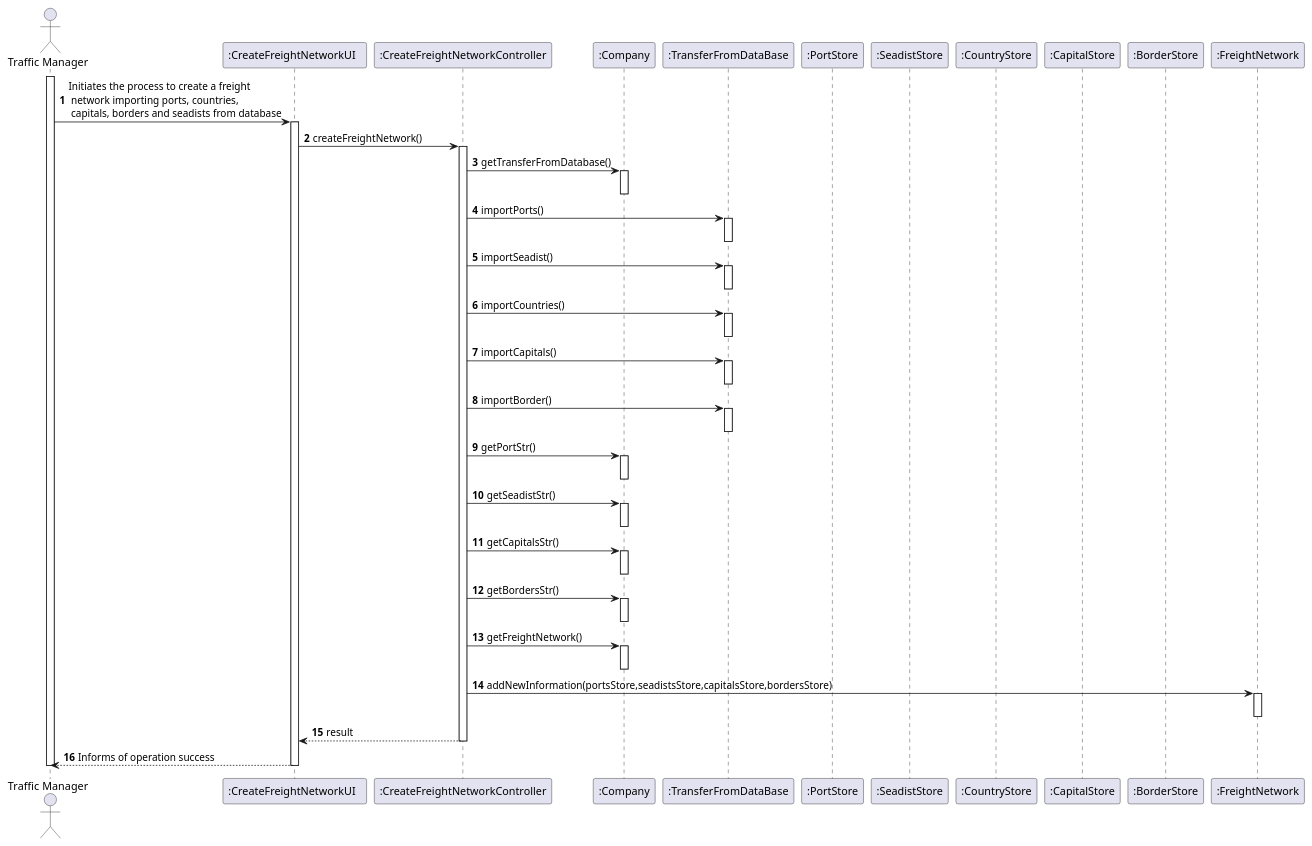
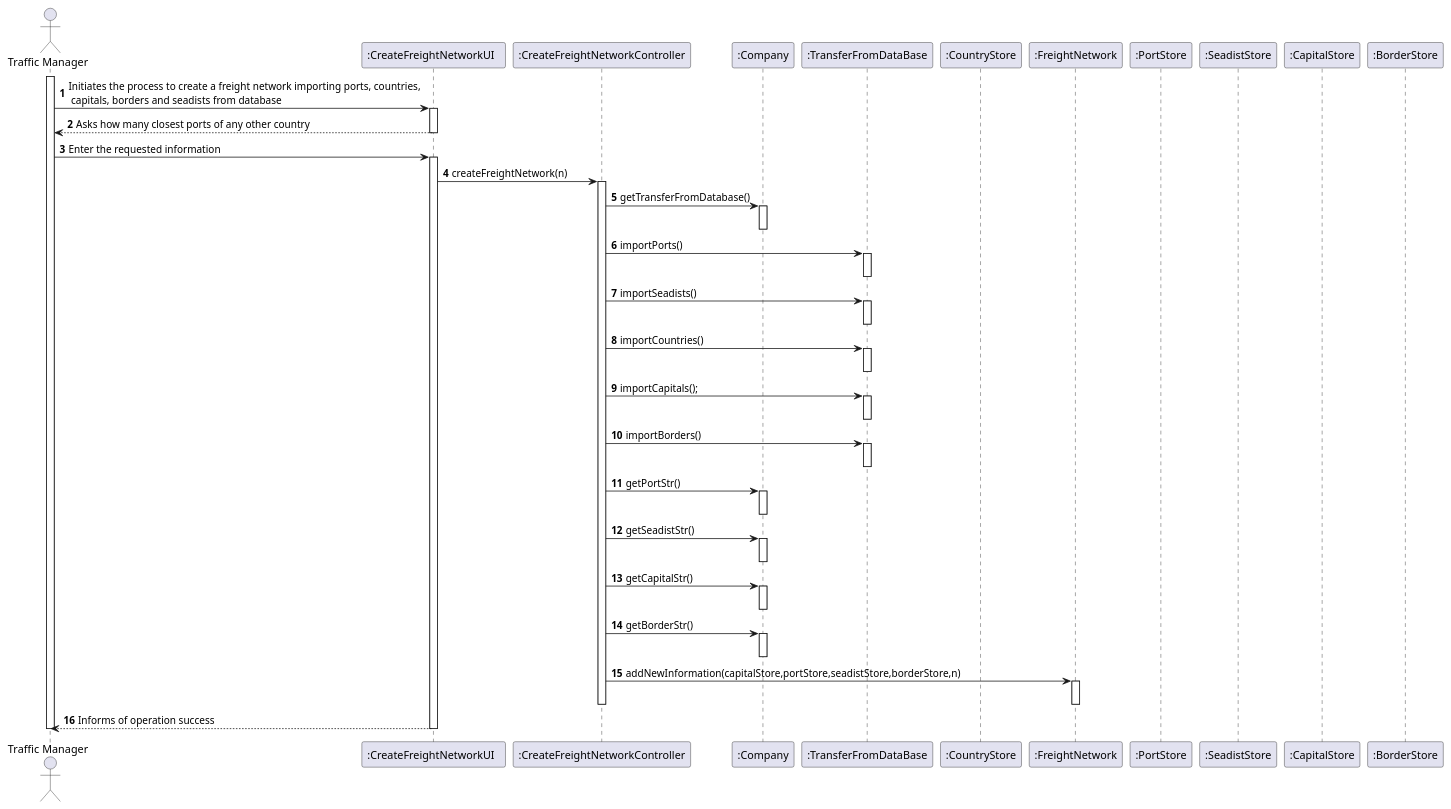
The diagram in docs/US301/US301_SD.puml (0franciscor/lapr3-2021-g042), drawn with PlantUML before and after one commit. The commit also changed 1 other file, not shown here.

```diff
--- a/docs/US301/US301_SD.puml
+++ b/docs/US301/US301_SD.puml
@@ -1,67 +1,70 @@
 @startuml
 'https://plantuml.com/sequence-diagram
 
 autonumber
 actor "Traffic Manager" as TM
 participant ":CreateFreightNetworkUI  " as UI
 participant ":CreateFreightNetworkController" as CTRL
 participant ":Company" as CMP
-participant ":TransferFromDataBase" as transfer
-participant ":PortStore" as pStore
-participant ":SeadistStore" as sStore
-participant ":CountryStore" as cStore
-participant ":CapitalStore" as capitals
-participant ":BorderStore" as bStore
+participant ":TransferFromDataBase" as Transfer
+participant ":CountryStore" as STORE
 participant ":FreightNetwork" as network
+participant ":PortStore" as portStore
+participant ":SeadistStore" as seadistStore
+participant ":CapitalStore" as capitalStore
+participant ":BorderStore" as borderStore
+
+
 
 
 activate TM
-TM -> UI: Initiates the process to create a freight \n network importing ports, countries,\n capitals, borders and seadists from database
+TM -> UI: Initiates the process to create a freight network importing ports, countries,\n capitals, borders and seadists from database
 activate UI
-UI -> CTRL : createFreightNetwork()
+UI --> TM : Asks how many closest ports of any other country
+deactivate UI
+TM -> UI : Enter the requested information
+activate UI
+UI -> CTRL : createFreightNetwork(n)
 activate CTRL
-CTRL -> CMP : getTransferFromDatabase()
+CTRL->CMP : getTransferFromDatabase()
 activate CMP
 deactivate CMP
-CTRL -> transfer : importPorts()
-activate transfer
-deactivate transfer
-CTRL -> transfer : importSeadist()
-activate transfer
-deactivate transfer
-CTRL -> transfer : importCountries()
-activate transfer
-deactivate transfer
-CTRL -> transfer : importCapitals()
-activate transfer
-deactivate transfer
-CTRL -> transfer : importBorder()
-activate transfer
-deactivate transfer
-CTRL -> CMP: getPortStr()
+CTRL->Transfer: importPorts()
+activate Transfer
+deactivate Transfer
+CTRL->Transfer: importSeadists()
+activate Transfer
+deactivate Transfer
+CTRL->Transfer: importCountries()
+activate Transfer
+deactivate Transfer
+CTRL->Transfer: importCapitals();
+activate Transfer
+deactivate Transfer
+CTRL->Transfer: importBorders()
+activate Transfer
+deactivate Transfer
+CTRL->CMP : getPortStr()
 activate CMP
 deactivate CMP
-CTRL -> CMP: getSeadistStr()
+CTRL->CMP : getSeadistStr()
 activate CMP
 deactivate CMP
-CTRL -> CMP: getCapitalsStr()
+CTRL->CMP : getCapitalStr()
 activate CMP
 deactivate CMP
-CTRL -> CMP: getBordersStr()
+CTRL->CMP : getBorderStr()
 activate CMP
 deactivate CMP
-CTRL -> CMP : getFreightNetwork()
-activate CMP
-deactivate CMP
-CTRL->network : addNewInformation(portsStore,seadistsStore,capitalsStore,bordersStore)
+CTRL-> network : addNewInformation(capitalStore,portStore,seadistStore,borderStore,n)
 activate network
+
 deactivate network
-CTRL --> UI: result
+
 deactivate CTRL
-
 UI --> TM : Informs of operation success
 deactivate UI
 
 deactivate TM
 
 @enduml
```
